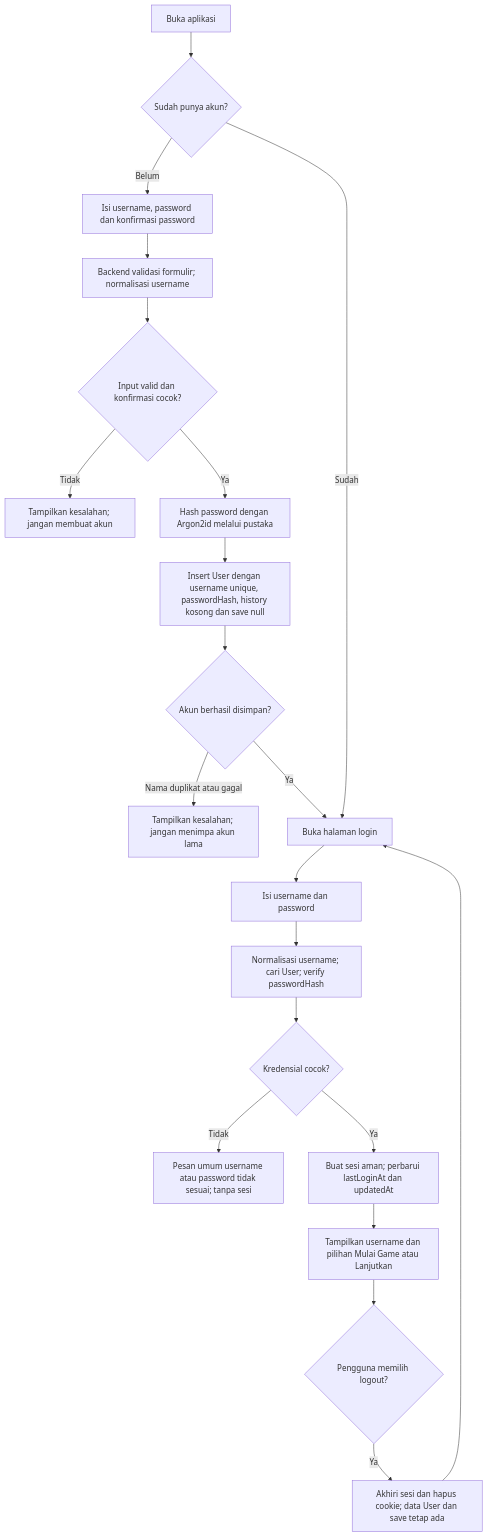
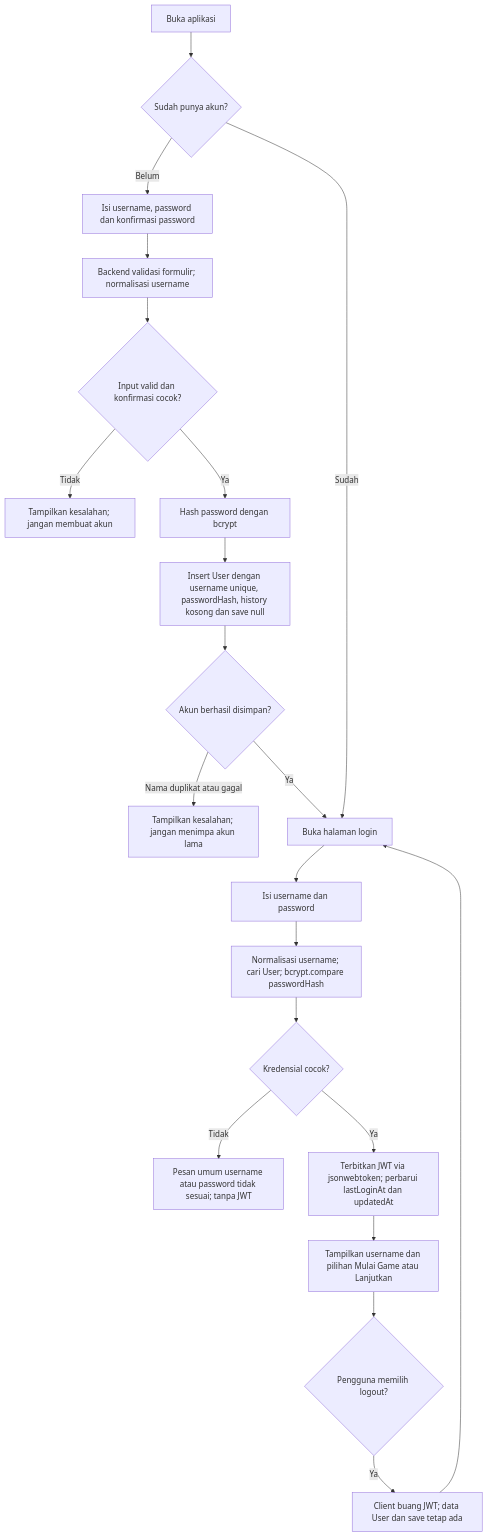
The sixth of 6 diagrams in docs/database/FLOW_DATABASE.md (Three-Musketeers-Hacktiv/Final-Project), drawn with Mermaid before and after one commit. The commit also changed other lines of this file and 5 other files, not shown here.

Commit message:
feat(auth): implement JWT authentication and password hashing with bcrypt

````diff
--- a/docs/database/FLOW_DATABASE.md
+++ b/docs/database/FLOW_DATABASE.md
@@ -196,23 +196,23 @@
 ```mermaid
 flowchart TD
     A[Buka aplikasi] --> B{Sudah punya akun?}
     B -->|Belum| C[Isi username, password dan konfirmasi password]
     C --> D[Backend validasi formulir; normalisasi username]
     D --> E{Input valid dan konfirmasi cocok?}
     E -->|Tidak| F[Tampilkan kesalahan; jangan membuat akun]
-    E -->|Ya| G[Hash password dengan Argon2id melalui pustaka]
+    E -->|Ya| G[Hash password dengan bcrypt]
     G --> H[Insert User dengan username unique, passwordHash, history kosong dan save null]
     H --> I{Akun berhasil disimpan?}
     I -->|Nama duplikat atau gagal| J[Tampilkan kesalahan; jangan menimpa akun lama]
     I -->|Ya| K[Buka halaman login]
     B -->|Sudah| K
     K --> L[Isi username dan password]
-    L --> M[Normalisasi username; cari User; verify passwordHash]
+    L --> M[Normalisasi username; cari User; bcrypt.compare passwordHash]
     M --> N{Kredensial cocok?}
-    N -->|Tidak| O[Pesan umum username atau password tidak sesuai; tanpa sesi]
-    N -->|Ya| P[Buat sesi aman; perbarui lastLoginAt dan updatedAt]
+    N -->|Tidak| O[Pesan umum username atau password tidak sesuai; tanpa JWT]
+    N -->|Ya| P[Terbitkan JWT via jsonwebtoken; perbarui lastLoginAt dan updatedAt]
     P --> Q[Tampilkan username dan pilihan Mulai Game atau Lanjutkan]
     Q --> R{Pengguna memilih logout?}
-    R -->|Ya| S[Akhiri sesi dan hapus cookie; data User dan save tetap ada]
+    R -->|Ya| S[Client buang JWT; data User dan save tetap ada]
     S --> K
 ```
````
